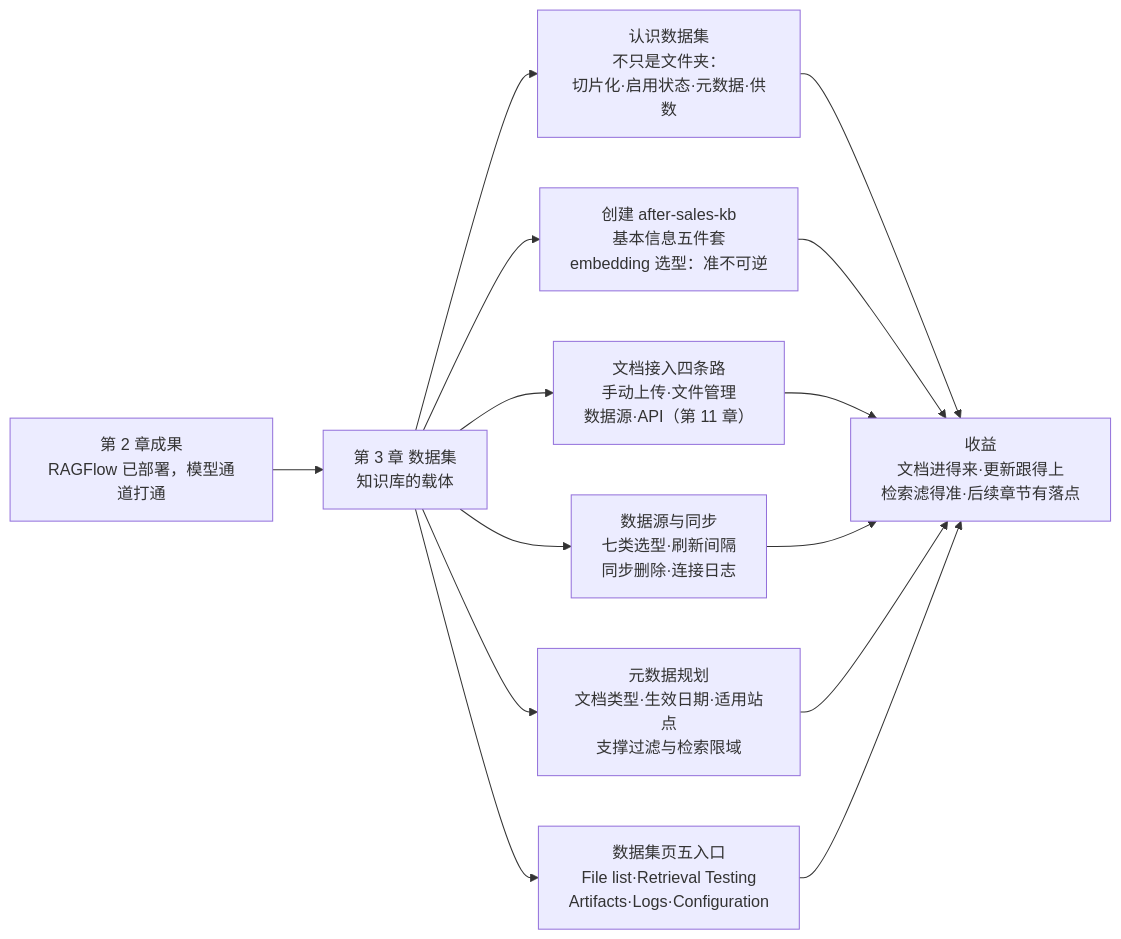
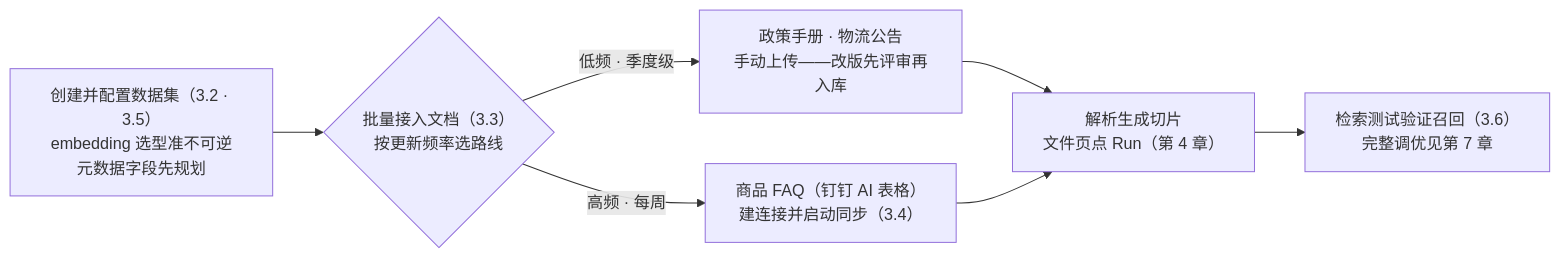
Before and after one commit to ybak/ai-tutorial: the diagram in books/ragflow/chapters/03-dataset-basics.md, drawn with Mermaid. The commit also changed other lines of this file and 12 other files, not shown here.

First line of the commit message:
docs(ragflow): 章首图升级为操作流程图——第 3 章试点后全书推广,写作指南双图式修订

````diff
--- a/books/ragflow/chapters/03-dataset-basics.md
+++ b/books/ragflow/chapters/03-dataset-basics.md
@@ -11,16 +11,9 @@
 ```mermaid
 flowchart LR
-    A["第 2 章成果<br/>RAGFlow 已部署，模型通道打通"] --> B["第 3 章 数据集<br/>知识库的载体"]
-    B --> C["认识数据集<br/>不只是文件夹：<br/>切片化·启用状态·元数据·供数"]
-    B --> D["创建 after-sales-kb<br/>基本信息五件套<br/>embedding 选型：准不可逆"]
-    B --> E["文档接入四条路<br/>手动上传·文件管理<br/>数据源·API（第 11 章）"]
-    B --> F["数据源与同步<br/>七类选型·刷新间隔<br/>同步删除·连接日志"]
-    B --> G["元数据规划<br/>文档类型·生效日期·适用站点<br/>支撑过滤与检索限域"]
-    B --> H["数据集页五入口<br/>File list·Retrieval Testing<br/>Artifacts·Logs·Configuration"]
-    C --> I["收益<br/>文档进得来·更新跟得上<br/>检索滤得准·后续章节有落点"]
-    D --> I
-    E --> I
-    F --> I
-    G --> I
-    H --> I
+    A["创建并配置数据集（3.2 · 3.5）<br/>embedding 选型准不可逆<br/>元数据字段先规划"] --> B{"批量接入文档（3.3）<br/>按更新频率选路线"}
+    B -->|"低频 · 季度级"| C["政策手册 · 物流公告<br/>手动上传——改版先评审再入库"]
+    B -->|"高频 · 每周"| D["商品 FAQ（钉钉 AI 表格）<br/>建连接并启动同步（3.4）"]
+    C --> E["解析生成切片<br/>文件页点 Run（第 4 章）"]
+    D --> E
+    E --> F["检索测试验证召回（3.6）<br/>完整调优见第 7 章"]
 ```
````
